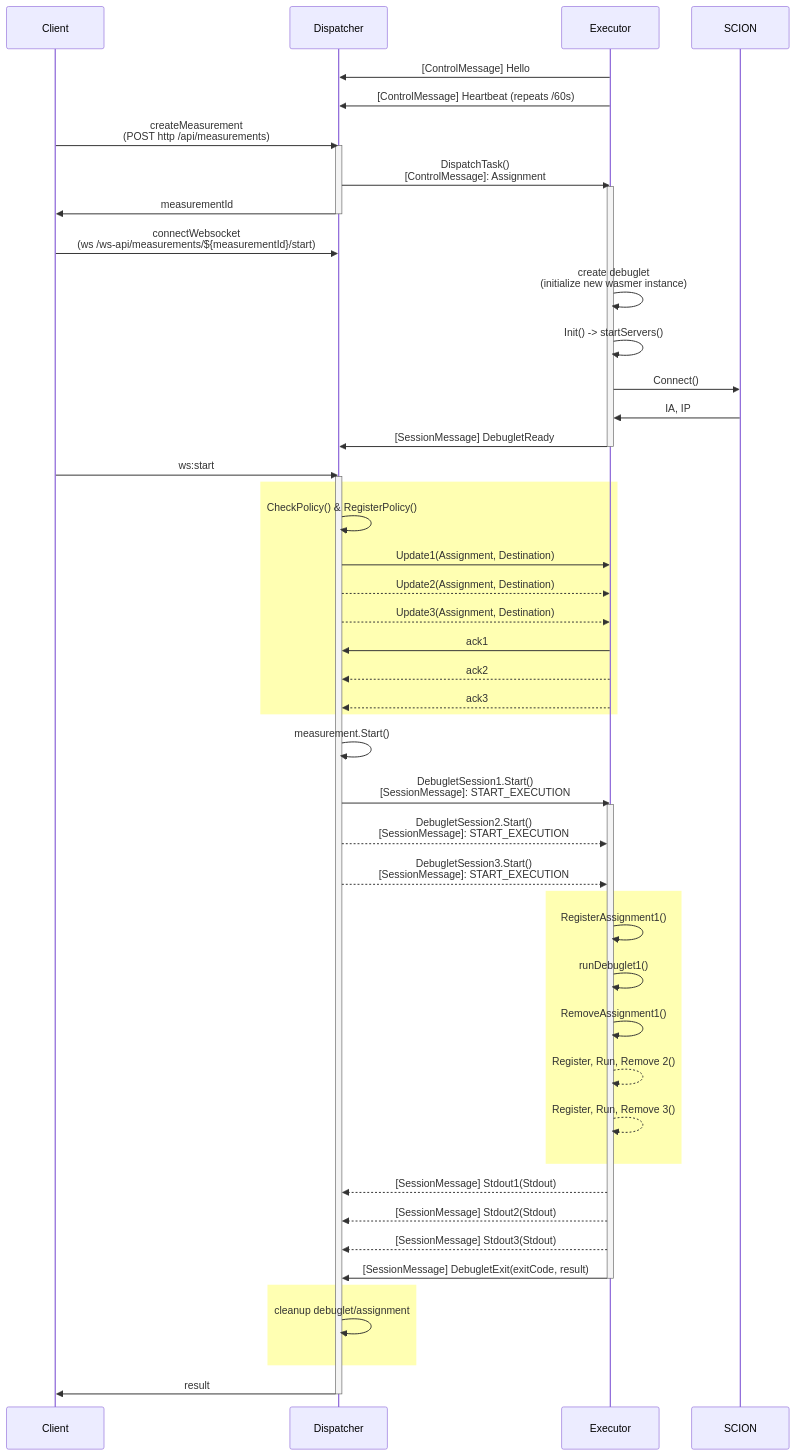
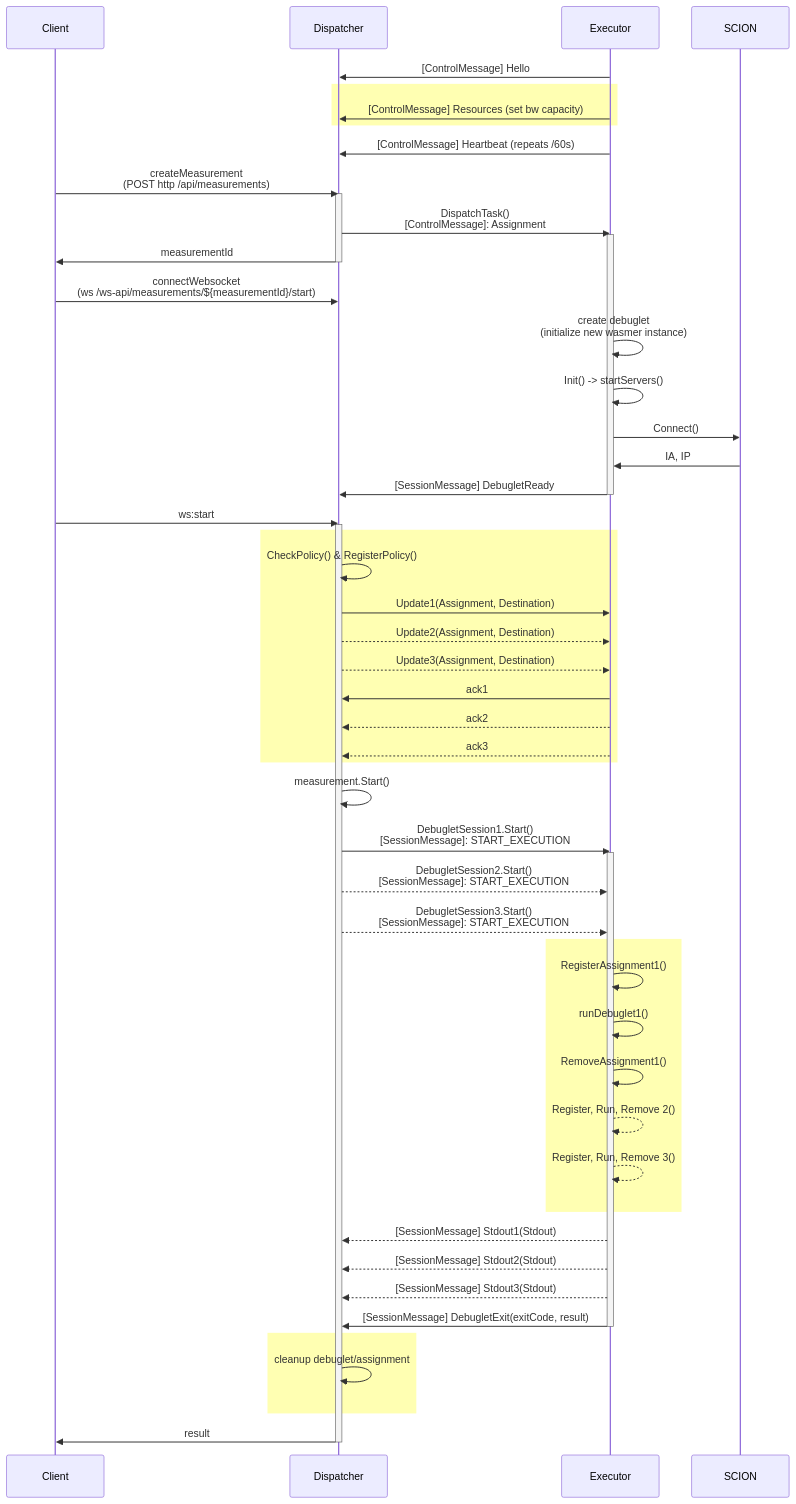
Before and after one commit to netsec-ethz/debuglet: the diagram in README.md, drawn with Mermaid. The commit also changed 8 other files, not shown here.

Commit message:
allow executors to register their bw capacity on dispatcher

````diff
--- a/README.md
+++ b/README.md
@@ -64,71 +64,74 @@
 ```mermaid
 sequenceDiagram
     participant Client
     participant Dispatcher
     participant Executor
     participant SCION
 
     Executor->>Dispatcher: [ControlMessage] Hello
+    rect rgba(255, 255, 0, 0.3)
+    Executor->>Dispatcher: [ControlMessage] Resources (set bw capacity)
+    end
     Executor->>Dispatcher: [ControlMessage] Heartbeat (repeats /60s)
 
     Client->>Dispatcher: createMeasurement <br/> (POST http /api/measurements)
     activate Dispatcher
 
     Dispatcher->>Executor: DispatchTask() <br/> [ControlMessage]: Assignment
     activate Executor
     Dispatcher->>Client: measurementId
     deactivate Dispatcher
     Client->>Dispatcher: connectWebsocket <br/> (ws /ws-api/measurements/${measurementId}/start)
 
     Executor->>Executor: create debuglet <br/> (initialize new wasmer instance)
     Executor->>Executor: Init() -> startServers()
     Executor->>SCION: Connect()
     SCION->>Executor: IA, IP
     Executor->>Dispatcher: [SessionMessage] DebugletReady
     deactivate Executor
 
 
     Client->>Dispatcher: ws:start
     activate Dispatcher
 
     rect rgba(255, 255, 0, 0.3)
     Dispatcher->>Dispatcher: CheckPolicy() & RegisterPolicy()
 
     Dispatcher->>Executor: Update1(Assignment, Destination)
     Dispatcher-->>Executor: Update2(Assignment, Destination)
     Dispatcher-->>Executor: Update3(Assignment, Destination)
     Executor->>Dispatcher: ack1
     Executor-->>Dispatcher: ack2
     Executor-->>Dispatcher: ack3
     end
 
     Dispatcher->>Dispatcher: measurement.Start()
 
     Dispatcher->>Executor: DebugletSession1.Start() <br/> [SessionMessage]: START_EXECUTION
     activate Executor
     Dispatcher-->>Executor: DebugletSession2.Start() <br/> [SessionMessage]: START_EXECUTION
     Dispatcher-->>Executor: DebugletSession3.Start() <br/> [SessionMessage]: START_EXECUTION
 
     rect rgba(255, 255, 0, 0.3)
     Executor->>Executor: RegisterAssignment1()
     Executor->>Executor: runDebuglet1()
     Executor->>Executor: RemoveAssignment1()
 
     Executor-->>Executor: Register, Run, Remove 2()
     Executor-->>Executor: Register, Run, Remove 3()
     end
 
     Executor-->>Dispatcher: [SessionMessage] Stdout1(Stdout)
     Executor-->>Dispatcher: [SessionMessage] Stdout2(Stdout)
     Executor-->>Dispatcher: [SessionMessage] Stdout3(Stdout)
 
     Executor->>Dispatcher: [SessionMessage] DebugletExit(exitCode, result)
     deactivate Executor
 
     rect rgba(255, 255, 0, 0.3)
     Dispatcher->>Dispatcher: cleanup debuglet/assignment
     end
 
     Dispatcher->>Client: result
     deactivate Dispatcher
 ```
````
